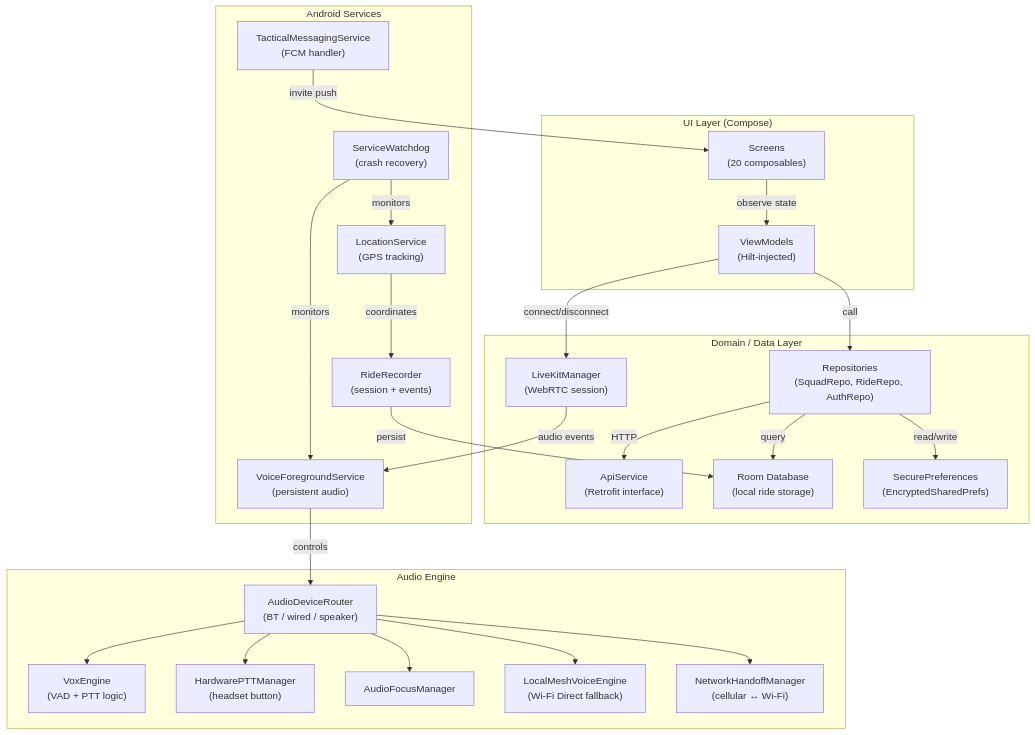
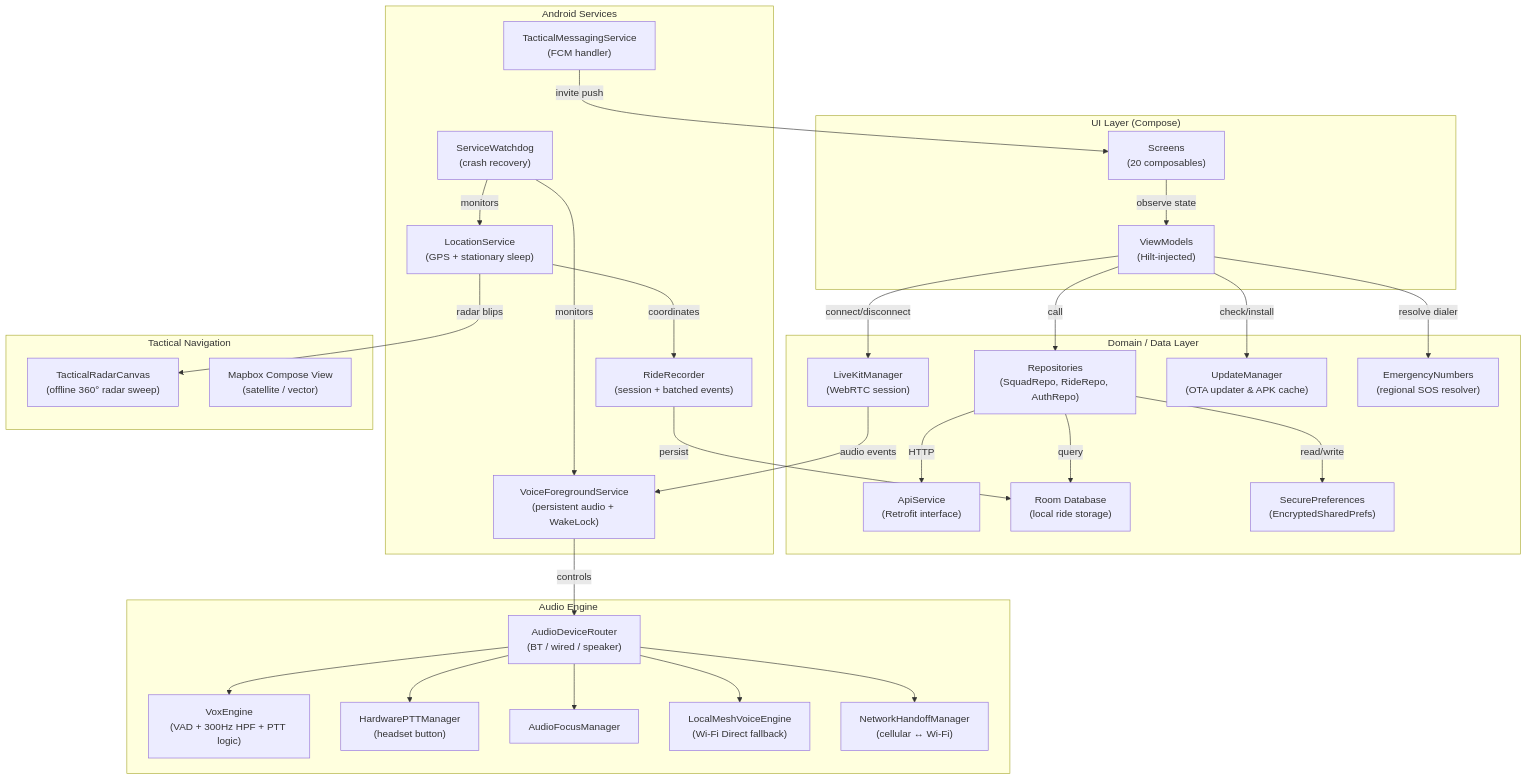
The second of 7 diagrams in ARCHITECTURE.md (BuzyU/Rider_APP), drawn with Mermaid before and after one commit. The commit also changed other lines of this file and 5 other files, not shown here.

Commit message:
docs: Synchronize all documentation and architecture specs for v0.0.3.4

````diff
--- a/ARCHITECTURE.md
+++ b/ARCHITECTURE.md
@@ -55,51 +55,61 @@
 ```mermaid
 graph TB
     subgraph UI["UI Layer (Compose)"]
         Screens["Screens\n(20 composables)"]
         VMs["ViewModels\n(Hilt-injected)"]
     end
 
     subgraph Domain["Domain / Data Layer"]
         Repos["Repositories\n(SquadRepo, RideRepo, AuthRepo)"]
         ApiSvc["ApiService\n(Retrofit interface)"]
         LKMgr["LiveKitManager\n(WebRTC session)"]
         RoomDB["Room Database\n(local ride storage)"]
         SecPrefs["SecurePreferences\n(EncryptedSharedPrefs)"]
+        UpdateMgr["UpdateManager\n(OTA updater & APK cache)"]
+        EmergNum["EmergencyNumbers\n(regional SOS resolver)"]
     end
 
     subgraph Services["Android Services"]
-        VoiceSvc["VoiceForegroundService\n(persistent audio)"]
-        LocSvc["LocationService\n(GPS tracking)"]
-        RideRec["RideRecorder\n(session + events)"]
+        VoiceSvc["VoiceForegroundService\n(persistent audio + WakeLock)"]
+        LocSvc["LocationService\n(GPS + stationary sleep)"]
+        RideRec["RideRecorder\n(session + batched events)"]
         MsgSvc["TacticalMessagingService\n(FCM handler)"]
         Watchdog["ServiceWatchdog\n(crash recovery)"]
     end
 
     subgraph Audio["Audio Engine"]
         AudioRouter["AudioDeviceRouter\n(BT / wired / speaker)"]
-        VoxEngine["VoxEngine\n(VAD + PTT logic)"]
+        VoxEngine["VoxEngine\n(VAD + 300Hz HPF + PTT logic)"]
         PTT["HardwarePTTManager\n(headset button)"]
         AudioFocus["AudioFocusManager"]
         Mesh["LocalMeshVoiceEngine\n(Wi-Fi Direct fallback)"]
         Handoff["NetworkHandoffManager\n(cellular ↔ Wi-Fi)"]
+    end
+
+    subgraph NavHUD["Tactical Navigation"]
+        RadarHUD["TacticalRadarCanvas\n(offline 360° radar sweep)"]
+        MapboxHUD["Mapbox Compose View\n(satellite / vector)"]
     end
 
     Screens -- "observe state" --> VMs
     VMs -- "call" --> Repos
     Repos -- "HTTP" --> ApiSvc
     Repos -- "query" --> RoomDB
     Repos -- "read/write" --> SecPrefs
     VMs -- "connect/disconnect" --> LKMgr
+    VMs -- "check/install" --> UpdateMgr
+    VMs -- "resolve dialer" --> EmergNum
     LKMgr -- "audio events" --> VoiceSvc
     VoiceSvc -- "controls" --> AudioRouter
     AudioRouter --> VoxEngine
     AudioRouter --> PTT
     AudioRouter --> AudioFocus
     AudioRouter --> Mesh
     AudioRouter --> Handoff
     LocSvc -- "coordinates" --> RideRec
+    LocSvc -- "radar blips" --> RadarHUD
     RideRec -- "persist" --> RoomDB
     MsgSvc -- "invite push" --> Screens
     Watchdog -- "monitors" --> VoiceSvc
     Watchdog -- "monitors" --> LocSvc
 ```
````
